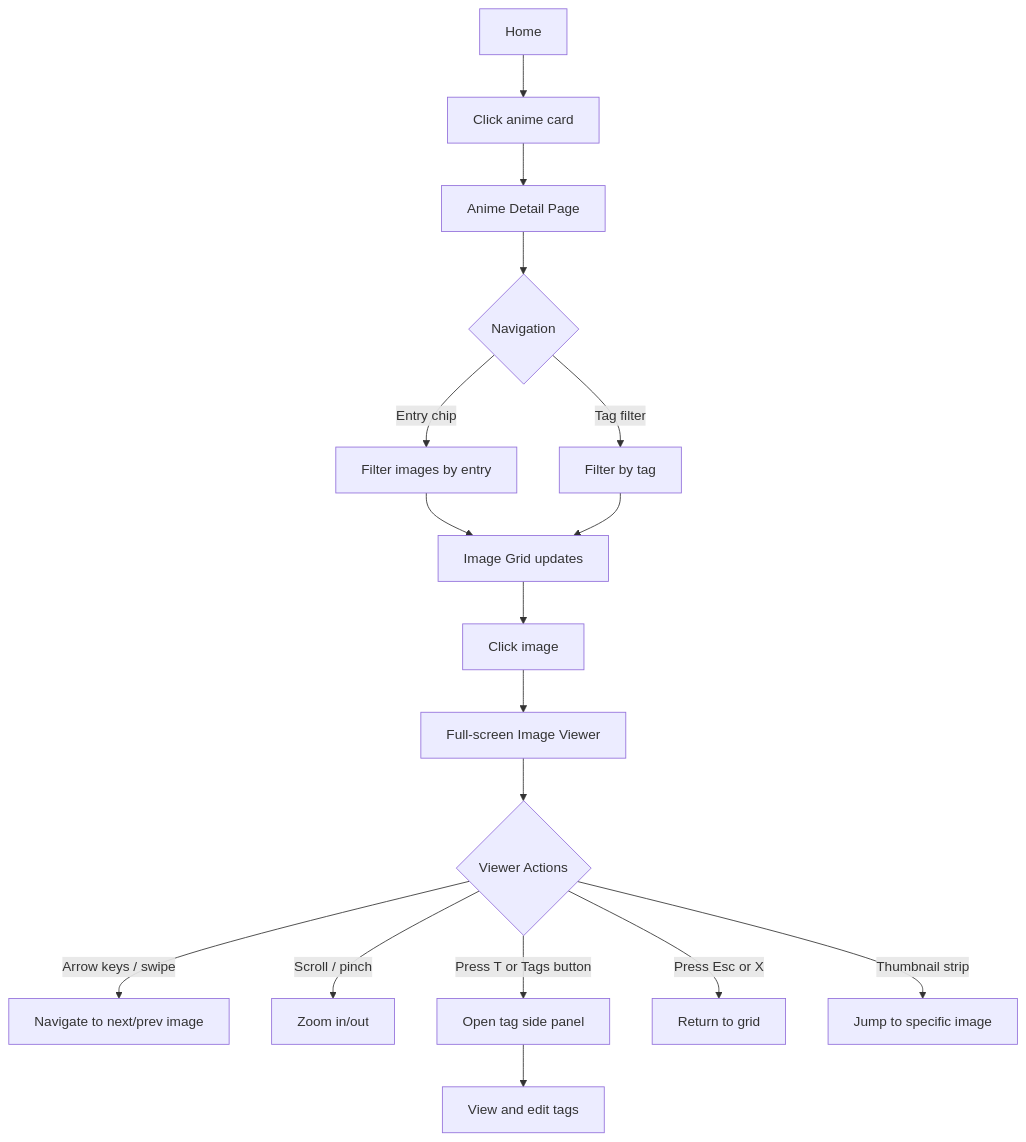
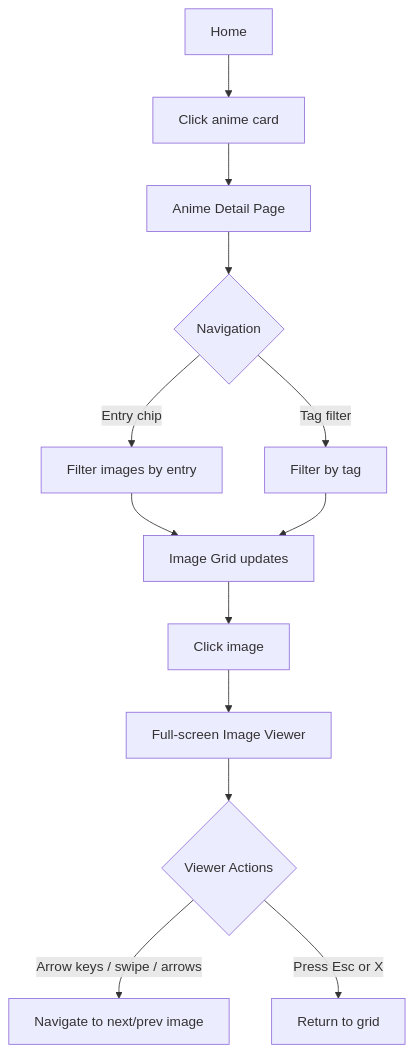
Before and after one commit to michael-freling/anime-image-viewer: the third of 8 diagrams in docs/content/ux-redesign/_index.md, drawn with Mermaid. The commit also changed other lines of this file and 37 other files, not shown here.

````diff
--- a/docs/content/ux-redesign/_index.md
+++ b/docs/content/ux-redesign/_index.md
@@ -137,23 +138,19 @@
 ```mermaid
 flowchart TD
     A[Home] --> B[Click anime card]
     B --> C[Anime Detail Page]
     C --> D{Navigation}
 
     D -->|Entry chip| E[Filter images by entry]
     D -->|Tag filter| F[Filter by tag]
 
     E --> G[Image Grid updates]
     F --> G
 
     G --> H[Click image]
     H --> I[Full-screen Image Viewer]
 
     I --> J{Viewer Actions}
-    J -->|Arrow keys / swipe| K[Navigate to next/prev image]
-    J -->|Scroll / pinch| L[Zoom in/out]
-    J -->|Press T or Tags button| M[Open tag side panel]
-    M --> N[View and edit tags]
+    J -->|Arrow keys / swipe / arrows| K[Navigate to next/prev image]
     J -->|Press Esc or X| O[Return to grid]
-    J -->|Thumbnail strip| P[Jump to specific image]
 ```
````
